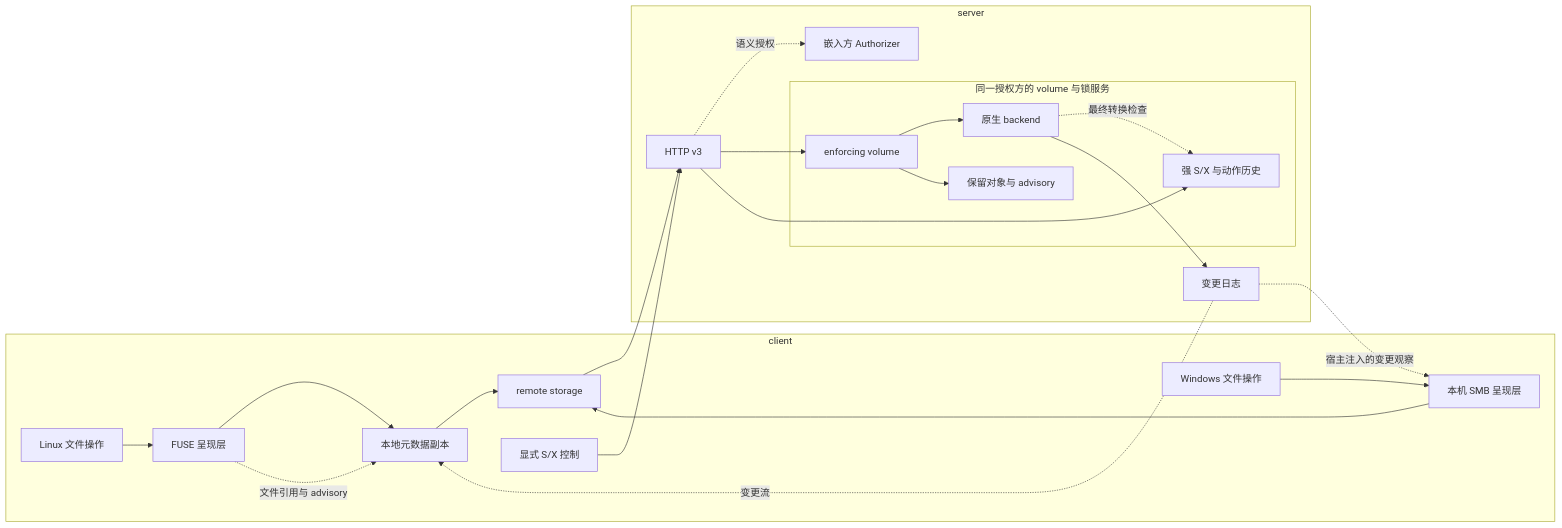
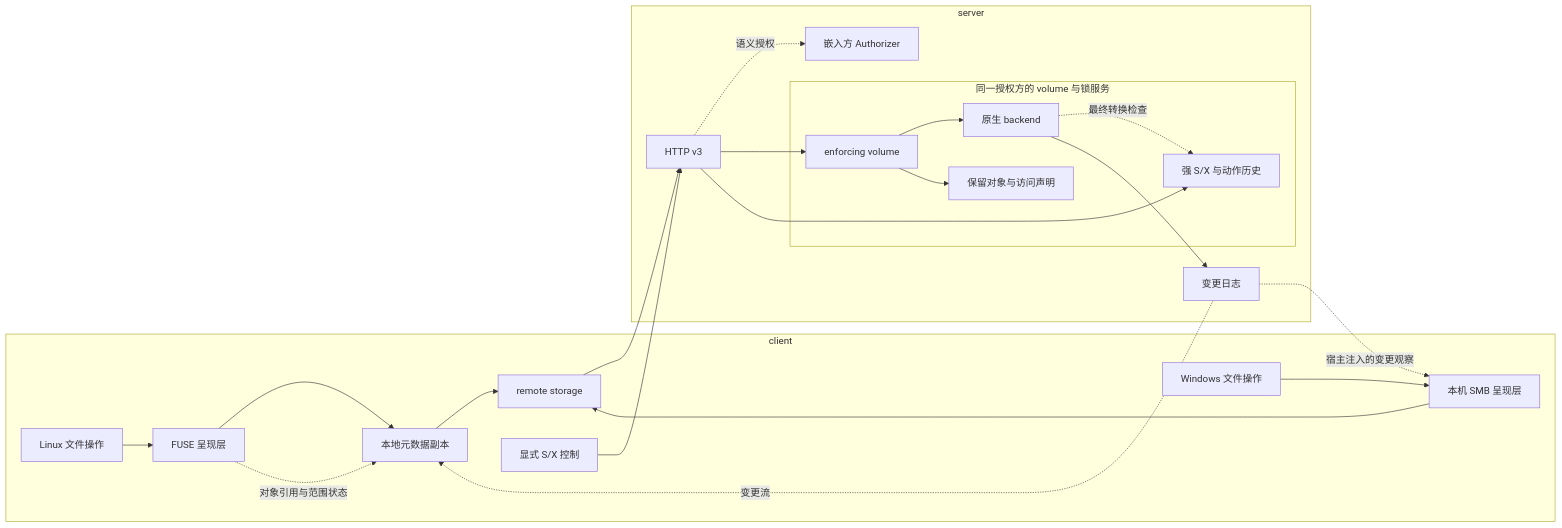
The diagram in docs/design/architecture.md (codetreker/remote-fs), drawn with Mermaid before and after one commit. The commit also changed other lines of this file and 456 other files, not shown here.

````diff
--- a/docs/design/architecture.md
+++ b/docs/design/architecture.md
@@ -17,30 +17,30 @@
 ```mermaid
 flowchart LR
     subgraph client[client]
         App[Linux 文件操作] --> Fuse[FUSE 呈现层]
         WinApp[Windows 文件操作] --> SMB[本机 SMB 呈现层]
         SMB --> Remote
         Fuse --> Replica[本地元数据副本]
         Replica --> Remote[remote storage]
         SDK[显式 S/X 控制]
-        Fuse -. 文件引用与 advisory .-> Replica
+        Fuse -. 对象引用与范围状态 .-> Replica
     end
     subgraph server[server]
         HTTP[HTTP v3]
         subgraph Pair[同一授权方的 volume 与锁服务]
             volume[enforcing volume] --> Backend[原生 backend]
             Authority[强 S/X 与动作历史]
-            Files[保留对象与 advisory]
+            Files[保留对象与访问声明]
             volume --> Files
             Backend -. 最终转换检查 .-> Authority
         end
         HTTP -. 语义授权 .-> Policy[嵌入方 Authorizer]
         HTTP --> volume
         HTTP --> Authority
         Backend --> Log[变更日志]
     end
     Remote --> HTTP
     SDK --> HTTP
     Log -. 变更流 .-> Replica
     Log -. 宿主注入的变更观察 .-> SMB
 ```
````
